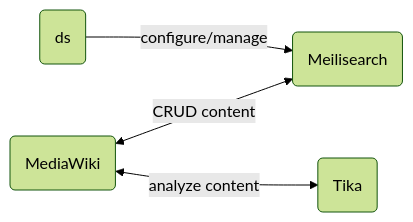
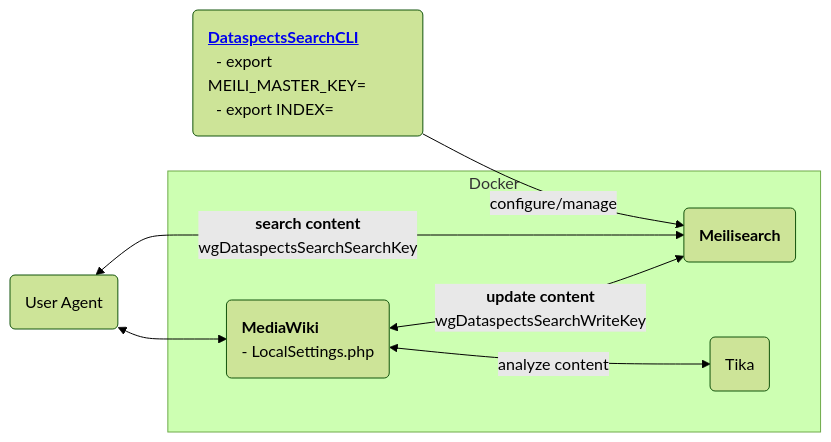
One commit to dataspects/mediawiki-extensions-Dataspects changed the diagram in README.md. Above: the diagram before and after it, drawn with Mermaid (forest theme). The commit also changed other lines of this file, not shown here.

````diff
--- a/README.md
+++ b/README.md
@@ -5,14 +5,23 @@
 ```mermaid
 flowchart LR
-  mediawiki("MediaWiki")
-  meilisearch("Meilisearch")
+  mediawiki("<b>MediaWiki</b>
+  - LocalSettings.php")
+  meilisearch("<b>Meilisearch</b>")
   tika("Tika")
-  ds("ds")
+  userAgent("User Agent")
+  DataspectsSearchCLI("<b><a href='https://github.com/dataspects/DataspectsSearchCLI'>DataspectsSearchCLI</a></b>
+  - export MEILI_MASTER_KEY=
+  - export INDEX=")
 
-  ds-->|configure/manage|meilisearch
-  mediawiki<-->|CRUD content|meilisearch
-  mediawiki<-->|analyze content|tika
+  DataspectsSearchCLI-->|configure/manage|meilisearch
+  userAgent<-->|<b>search content</b><br/>wgDataspectsSearchSearchKey|meilisearch
+  userAgent<-->mediawiki
+
+  subgraph Docker
+    mediawiki<-->|<b>update content</b><br/>wgDataspectsSearchWriteKey|meilisearch
+    mediawiki<-->|analyze content|tika
+  end
   
 
 classDef default text-align:left;
 ```
````
